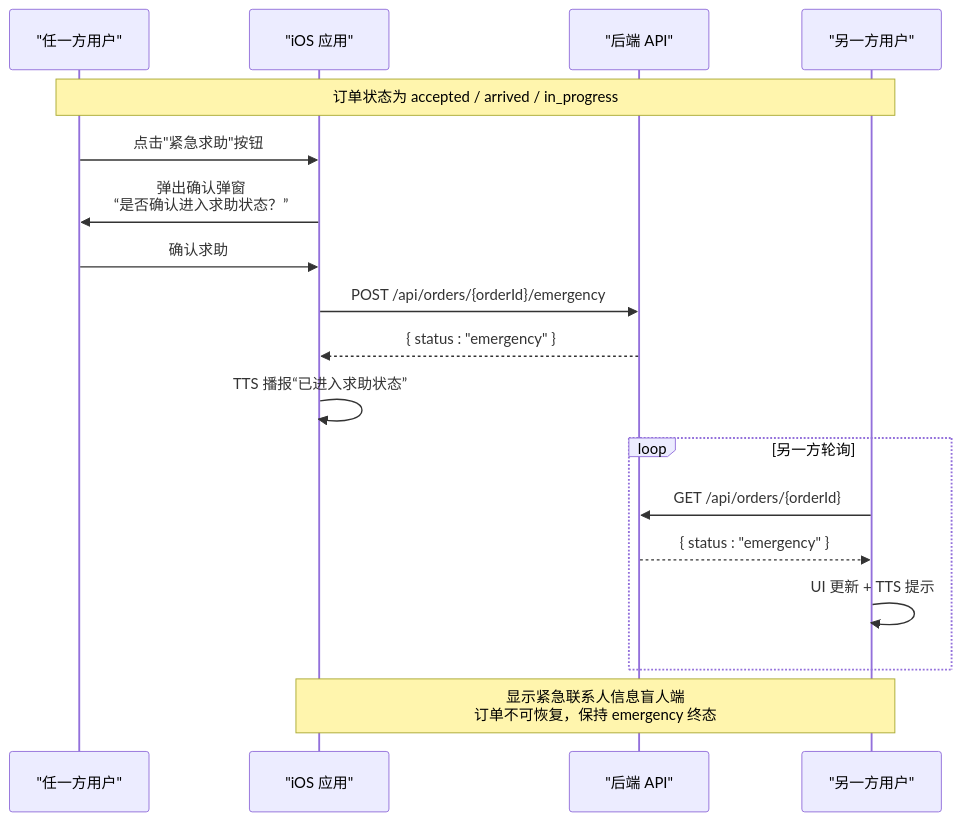
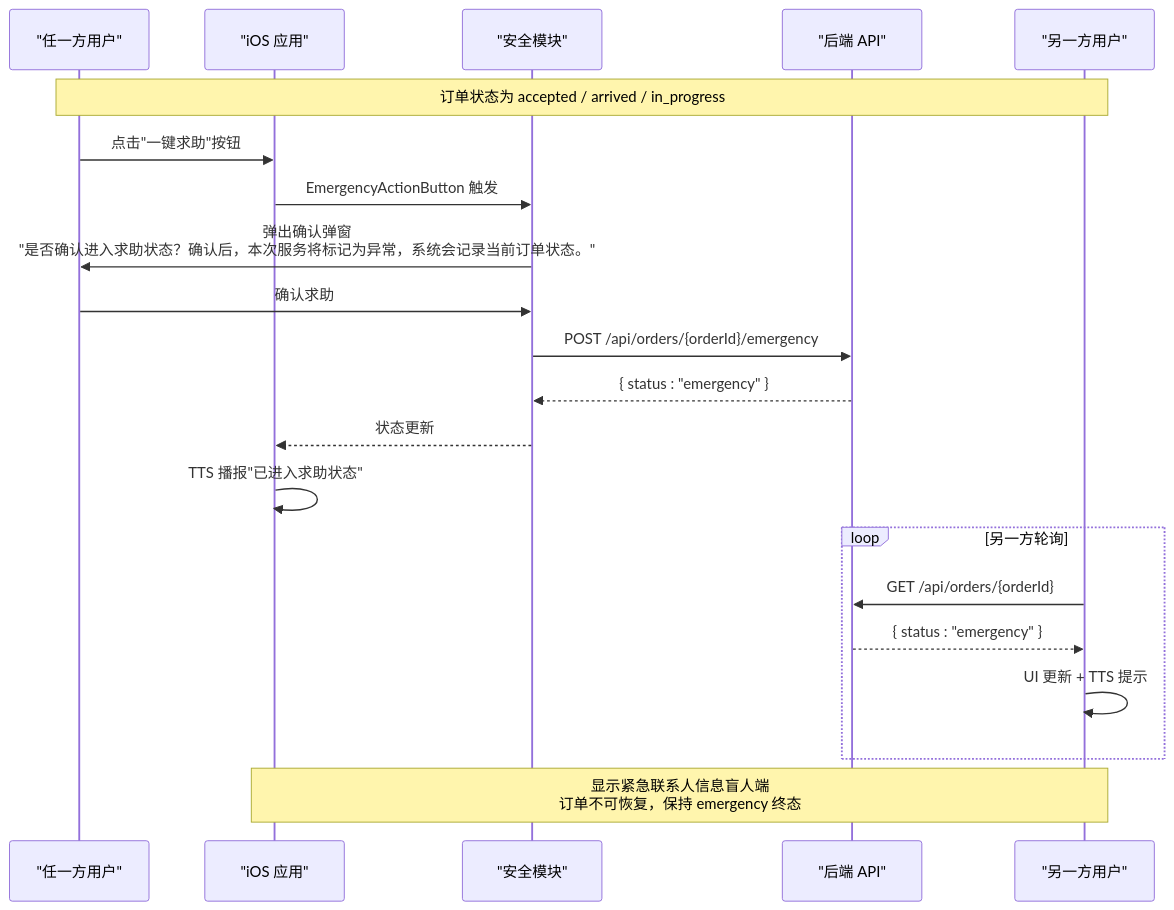
One commit to Jayden23018/blind-run-ios changed the second of 8 diagrams in .qoder/repowiki/zh/content/架构设计/模块化架构设计/Safety 安全模块.md. Above: the diagram before and after it, drawn with Mermaid. The commit also changed other lines of this file and 11 other files, not shown here.

````diff
--- a/.qoder/repowiki/zh/content/架构设计/模块化架构设计/Safety 安全模块.md
+++ b/.qoder/repowiki/zh/content/架构设计/模块化架构设计/Safety 安全模块.md
@@ -78,20 +96,23 @@
 ```mermaid
 sequenceDiagram
 participant User as "任一方用户"
 participant App as "iOS 应用"
+participant Safety as "安全模块"
 participant API as "后端 API"
 participant Other as "另一方用户"
 Note over User,Other : 订单状态为 accepted / arrived / in_progress
-User->>App : 点击"紧急求助"按钮
-App->>User : 弹出确认弹窗<br/>“是否确认进入求助状态？”
-User->>App : 确认求助
-App->>API : POST /api/orders/{orderId}/emergency
-API-->>App : { status : "emergency" }
-App->>App : TTS 播报“已进入求助状态”
+User->>App : 点击"一键求助"按钮
+App->>Safety : EmergencyActionButton 触发
+Safety->>User : 弹出确认弹窗<br/>"是否确认进入求助状态？确认后，本次服务将标记为异常，系统会记录当前订单状态。"
+User->>Safety : 确认求助
+Safety->>API : POST /api/orders/{orderId}/emergency
+API-->>Safety : { status : "emergency" }
+Safety-->>App : 状态更新
+App->>App : TTS 播报"已进入求助状态"
 loop 另一方轮询
 Other->>API : GET /api/orders/{orderId}
 API-->>Other : { status : "emergency" }
 Other->>Other : UI 更新 + TTS 提示
 end
 Note over App,Other : 显示紧急联系人信息盲人端<br/>订单不可恢复，保持 emergency 终态
 ```
````
